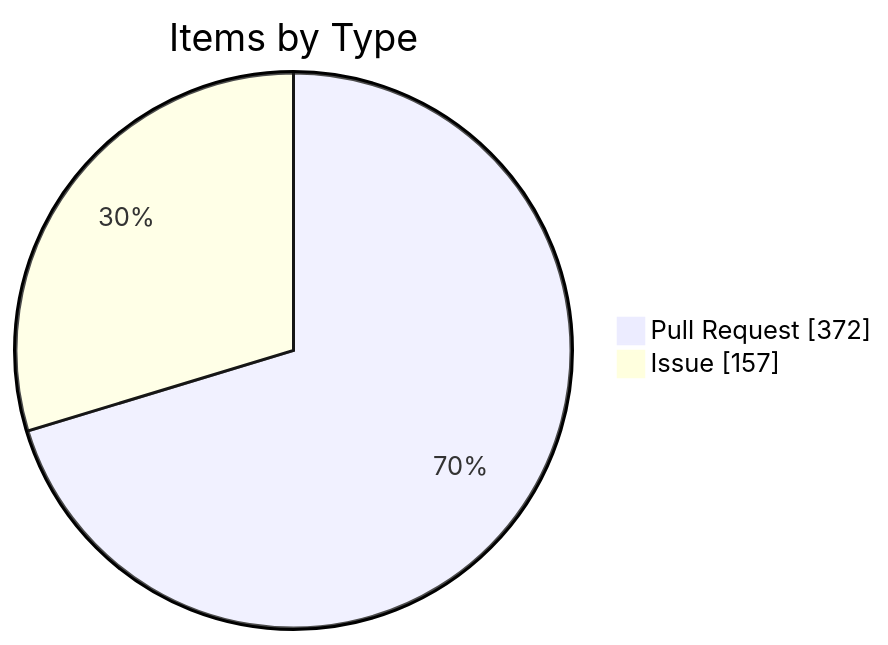
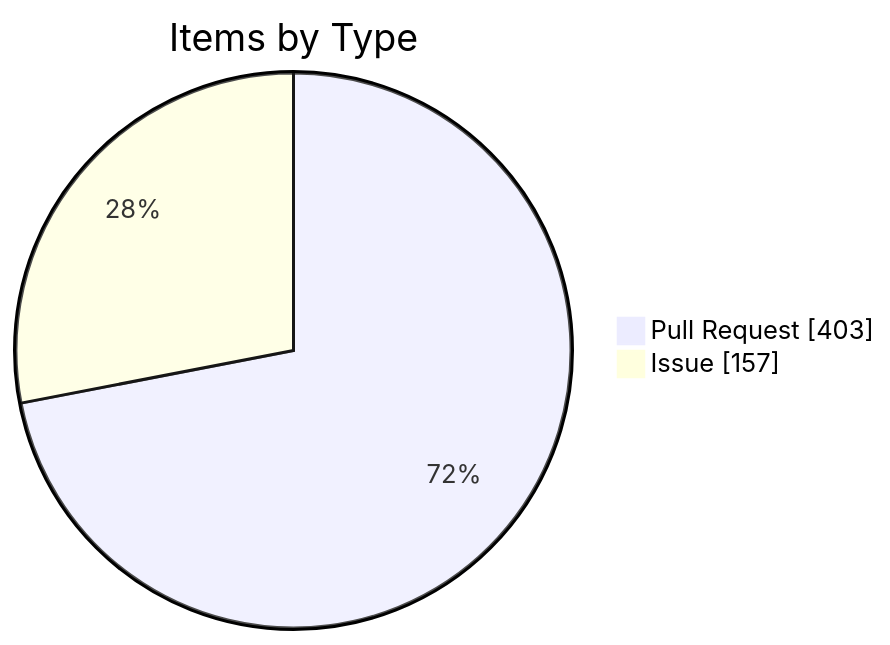
Before and after one commit to KBVE/kbve: the fourth of 4 diagrams in apps/kbve/astro-kbve/src/content/docs/dashboard/kanban-data.mdx, drawn with Mermaid. The commit also changed other lines of this file and 8 other files, not shown here.

````diff
--- a/apps/kbve/astro-kbve/src/content/docs/dashboard/kanban-data.mdx
+++ b/apps/kbve/astro-kbve/src/content/docs/dashboard/kanban-data.mdx
@@ -116,6 +116,6 @@
 ```mermaid
 pie showData
     title Items by Type
-    "Pull Request" : 372
+    "Pull Request" : 403
     "Issue" : 157
 ```
````
